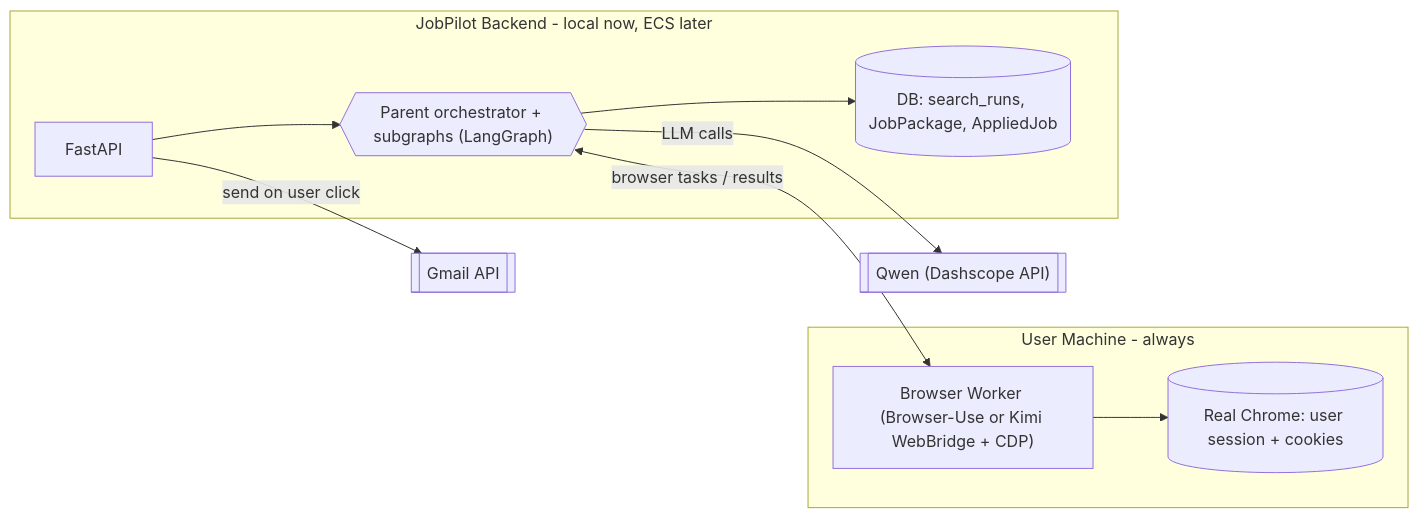
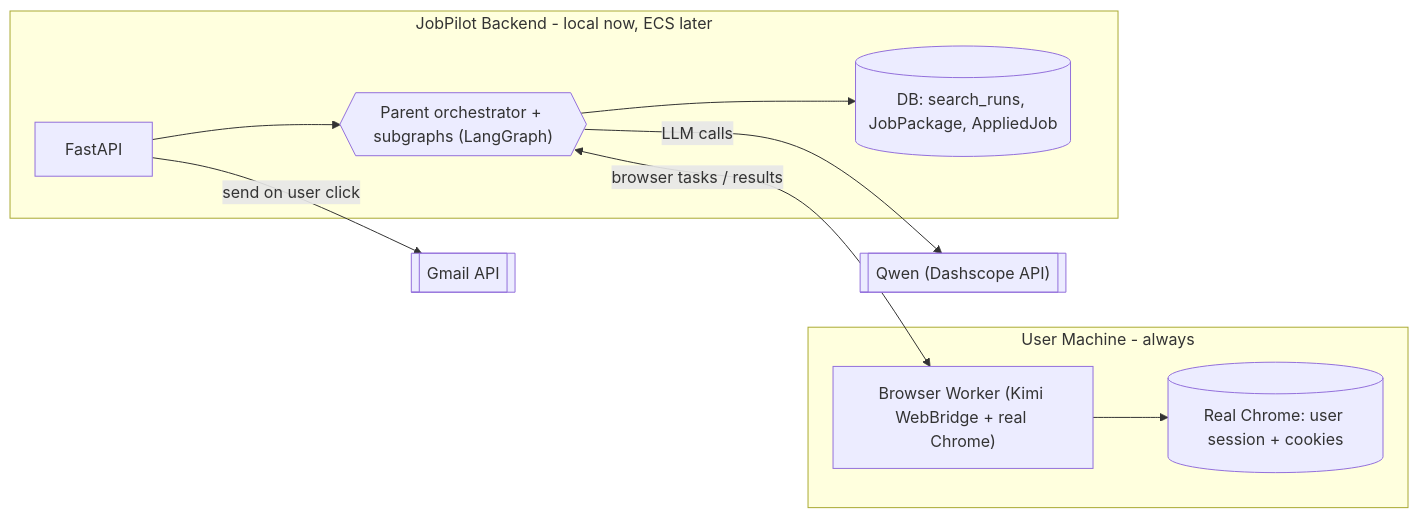
One commit to HamzaFayaz/JobPilot changed the third of 10 diagrams in System Design/JobPilot-System-Design.md. Above: the diagram before and after it, drawn with Mermaid. The commit also changed other lines of this file and 23 other files, not shown here.

Commit message:
Refactor browser provider to Kimi WebBridge, replacing deprecated Browser-Use. Update documentation and configuration files to reflect changes in the Search Helper architecture and user setup. Ensure seamless integration with existing APIs and maintain user session continuity in Chrome.

````diff
--- a/System Design/JobPilot-System-Design.md
+++ b/System Design/JobPilot-System-Design.md
@@ -126,23 +126,23 @@
 ```mermaid
 flowchart LR
     subgraph userMachine [User Machine - always]
         chrome[("Real Chrome: user session + cookies")]
-        worker["Browser Worker (Browser-Use or Kimi WebBridge + CDP)"]
+        worker["Browser Worker (Kimi WebBridge + real Chrome)"]
         worker --> chrome
     end
 
     subgraph hostEnv [JobPilot Backend - local now, ECS later]
         api["FastAPI"]
         orch{{"Parent orchestrator + subgraphs (LangGraph)"}}
         db[("DB: search_runs, JobPackage, AppliedJob")]
         api --> orch
         orch --> db
     end
 
     qwen[["Qwen (Dashscope API)"]]
     gmail[["Gmail API"]]
 
     orch <-->|"browser tasks / results"| worker
     orch -->|"LLM calls"| qwen
     api -->|"send on user click"| gmail
 ```
````
